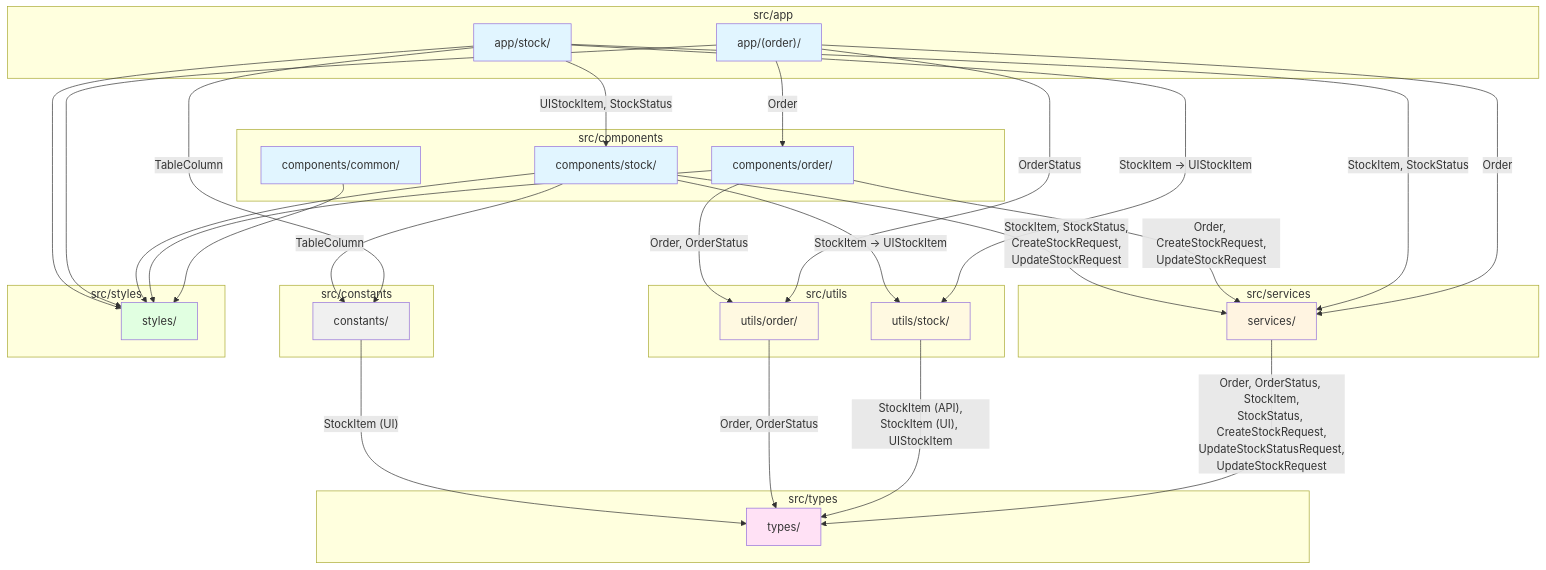
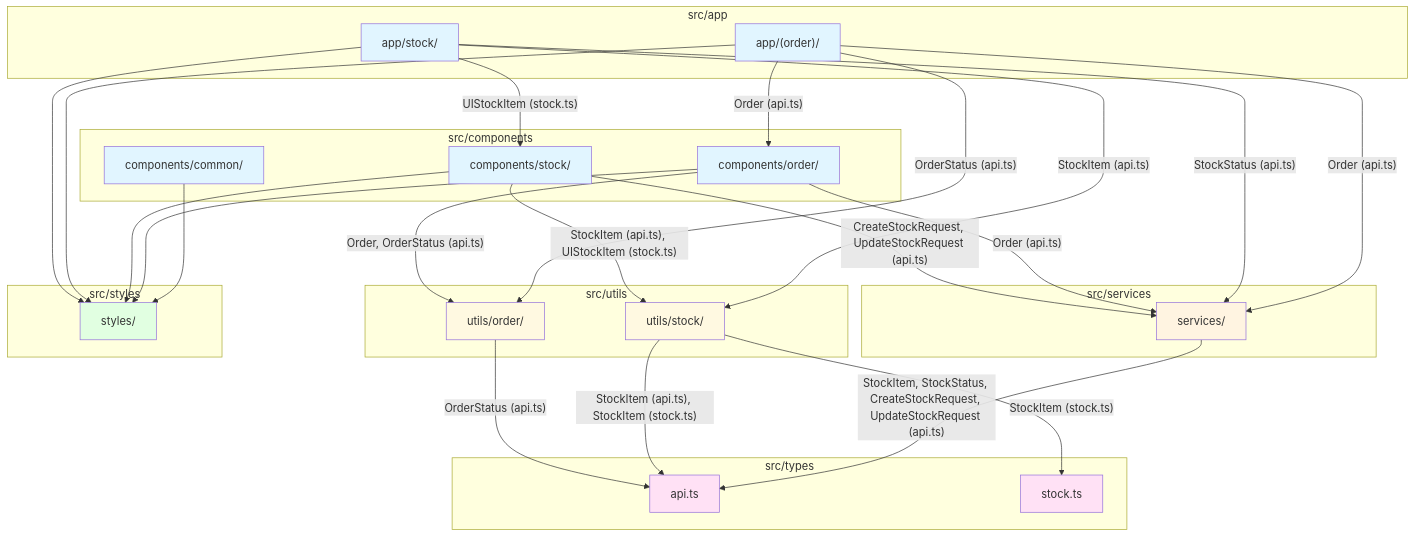
One commit to sogonggogo/sogonggogo_staff changed the diagram in ARCHITECTURE.md. Above: the diagram before and after it, drawn with Mermaid. The commit also changed other lines of this file and 2 other files, not shown here.

Commit message:
refactor : constants 폴더 삭제 - 재고관리 테이블 스타일을 UI 컴포넌트에 결합

````diff
--- a/ARCHITECTURE.md
+++ b/ARCHITECTURE.md
@@ -20,7 +20,8 @@
     end
 
     subgraph "src/types"
-        Types["types/"]
+        ApiTypes["api.ts"]
+        StockTypes["stock.ts"]
     end
 
     subgraph "src/utils"
@@ -28,50 +29,42 @@
         UtilsOrder["utils/order/"]
     end
 
-    subgraph "src/constants"
-        Constants["constants/"]
-    end
-
     subgraph "src/styles"
         Styles["styles/"]
     end
 
-    %% app → components
-    AppOrder -->|"Order"| ComponentsOrder
-    AppStock -->|"UIStockItem, StockStatus"| ComponentsStock
+    %% app → components (인터페이스: props로 전달하는 타입)
+    AppOrder -->|"Order (api.ts)"| ComponentsOrder
+    AppStock -->|"UIStockItem (stock.ts)"| ComponentsStock
 
-    %% app → services
-    AppOrder -->|"Order"| Services
-    AppStock -->|"StockItem, StockStatus"| Services
+    %% app → services (인터페이스: API 호출 시 사용하는 타입)
+    AppOrder -->|"Order (api.ts)"| Services
+    AppStock -->|"StockStatus (api.ts)"| Services
 
-    %% app → utils
-    AppOrder -->|"OrderStatus"| UtilsOrder
-    AppStock -->|"StockItem → UIStockItem"| UtilsStock
-    AppStock -->|"TableColumn"| Constants
+    %% app → utils (인터페이스: 유틸 함수 사용 시 타입)
+    AppOrder -->|"OrderStatus (api.ts)"| UtilsOrder
+    AppStock -->|"StockItem (api.ts)"| UtilsStock
 
-    %% components → services
-    ComponentsOrder -->|"Order, CreateStockRequest,<br/>UpdateStockRequest"| Services
-    ComponentsStock -->|"StockItem, StockStatus,<br/>CreateStockRequest,<br/>UpdateStockRequest"| Services
+    %% components → services (인터페이스: API 호출 시 사용하는 타입)
+    ComponentsOrder -->|"Order (api.ts)"| Services
+    ComponentsStock -->|"CreateStockRequest, UpdateStockRequest (api.ts)"| Services
 
-    %% components → utils
-    ComponentsOrder -->|"Order, OrderStatus"| UtilsOrder
-    ComponentsStock -->|"StockItem → UIStockItem"| UtilsStock
-    ComponentsStock -->|"TableColumn"| Constants
+    %% components → utils (인터페이스: 유틸 함수 사용 시 타입)
+    ComponentsOrder -->|"Order, OrderStatus (api.ts)"| UtilsOrder
+    ComponentsStock -->|"StockItem (api.ts), UIStockItem (stock.ts)"| UtilsStock
 
     %% components → styles
     ComponentsCommon --> Styles
     ComponentsOrder --> Styles
     ComponentsStock --> Styles
 
-    %% services → types
-    Services -->|"Order, OrderStatus, StockItem,<br/>StockStatus, CreateStockRequest,<br/>UpdateStockStatusRequest,<br/>UpdateStockRequest"| Types
+    %% services → types (인터페이스: 타입 정의 참조)
+    Services -->|"StockItem, StockStatus, CreateStockRequest, UpdateStockRequest (api.ts)"| ApiTypes
 
-    %% utils → types
-    UtilsStock -->|"StockItem (API),<br/>StockItem (UI), UIStockItem"| Types
-    UtilsOrder -->|"Order, OrderStatus"| Types
-
-    %% constants → types
-    Constants -->|"StockItem (UI)"| Types
+    %% utils → types (인터페이스: 타입 정의 참조)
+    UtilsStock -->|"StockItem (api.ts), StockItem (stock.ts)"| ApiTypes
+    UtilsStock -->|"StockItem (stock.ts)"| StockTypes
+    UtilsOrder -->|"OrderStatus (api.ts)"| ApiTypes
 
     %% app → styles
     AppOrder --> Styles
@@ -83,9 +76,9 @@
     style ComponentsStock fill:#e1f5ff
     style ComponentsOrder fill:#e1f5ff
     style Services fill:#fff4e1
-    style Types fill:#ffe1f5
+    style ApiTypes fill:#ffe1f5
+    style StockTypes fill:#ffe1f5
     style UtilsStock fill:#fff9e1
     style UtilsOrder fill:#fff9e1
-    style Constants fill:#f0f0f0
     style Styles fill:#e1ffe1
 ```
````
